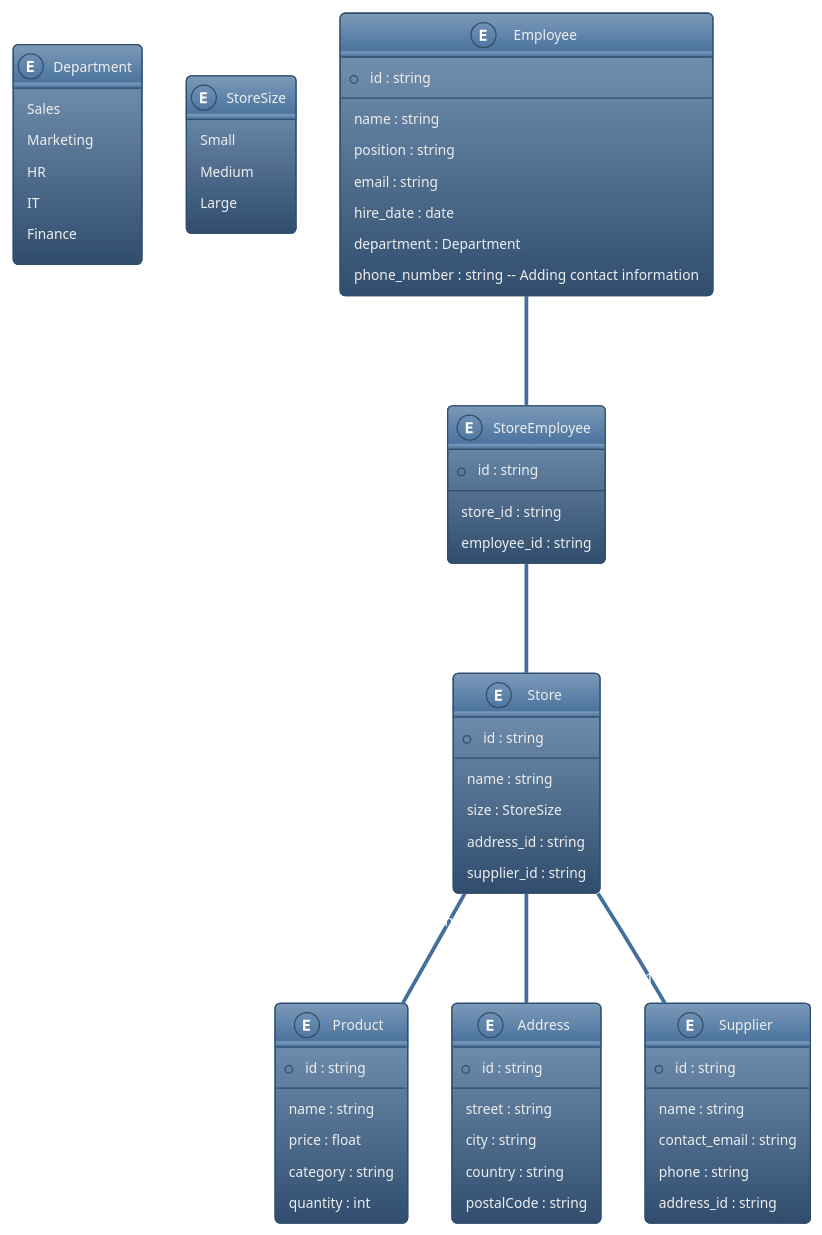
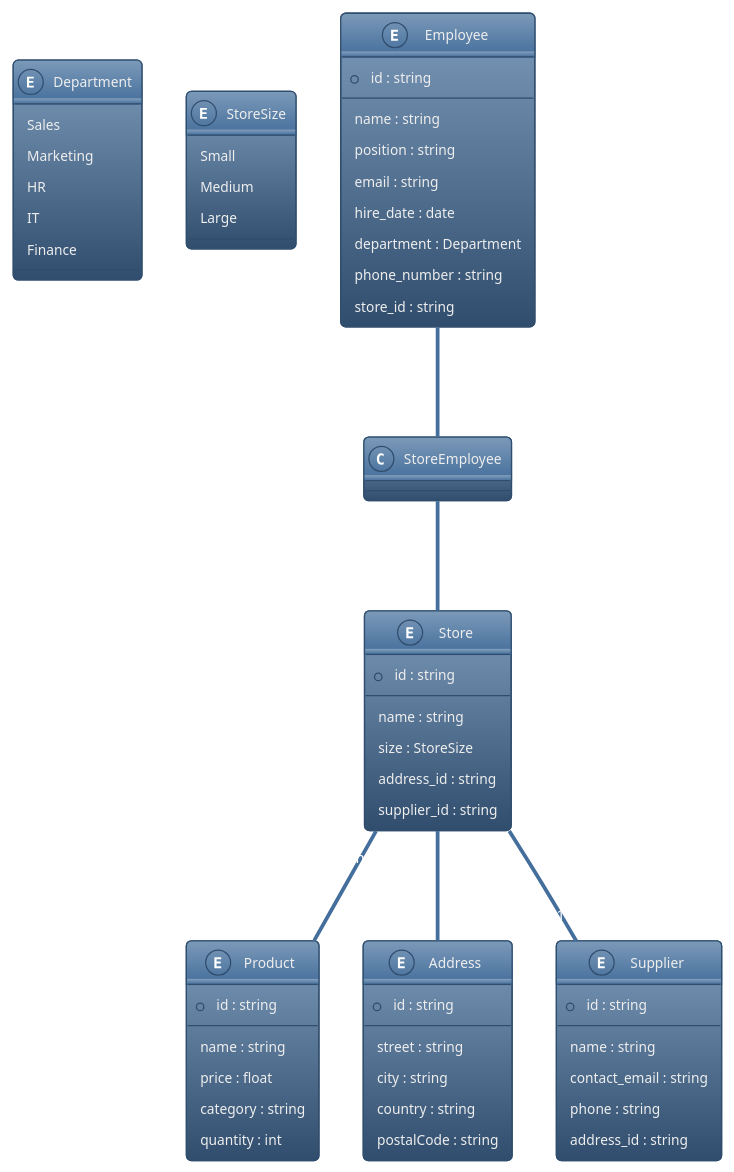
One commit to marius-a-mueller/avg-datenintegration changed the diagram in en/en.plantuml. Above: the diagram before and after it, drawn with PlantUML.

```diff
--- a/en/en.plantuml
+++ b/en/en.plantuml
@@ -1,77 +1,71 @@
 @startuml en
 !theme spacelab
 
 enum Department {
   Sales
   Marketing
   HR
   IT
   Finance
 }
 
 enum StoreSize {
   Small
   Medium
   Large
 }
 
 entity Employee {
   *id : string
   --
   name : string
   position : string
   email : string
   hire_date : date
   department : Department
-  phone_number : string  -- Adding contact information
+  phone_number : string
+  store_id : string
 }
 
 entity Product {
   *id : string
   --
   name : string
   price : float
   category : string
   quantity : int
-}
-
-entity StoreEmployee {
-  *id : string
-  --
-  store_id : string
-  employee_id : string
 }
 
 entity Store {
   *id : string
   --
   name : string
   size : StoreSize
   address_id : string
   supplier_id : string
 }
 
 entity Address {
   *id : string
   --
   street : string
   city : string
   country : string
   postalCode : string
 }
 
 entity Supplier {
   *id : string
   --
   name : string
   contact_email : string
   phone : string
   address_id : string
 }
 
 Employee "1" -- "n" StoreEmployee : works-at
 StoreEmployee "n" -- "1" Store : employed-in
 Store "1" -- "1" Address : located-at
 Store "n" -- "1" Supplier : supplied-by
 Store "n" -- "n" Product : sells
 @enduml
```
